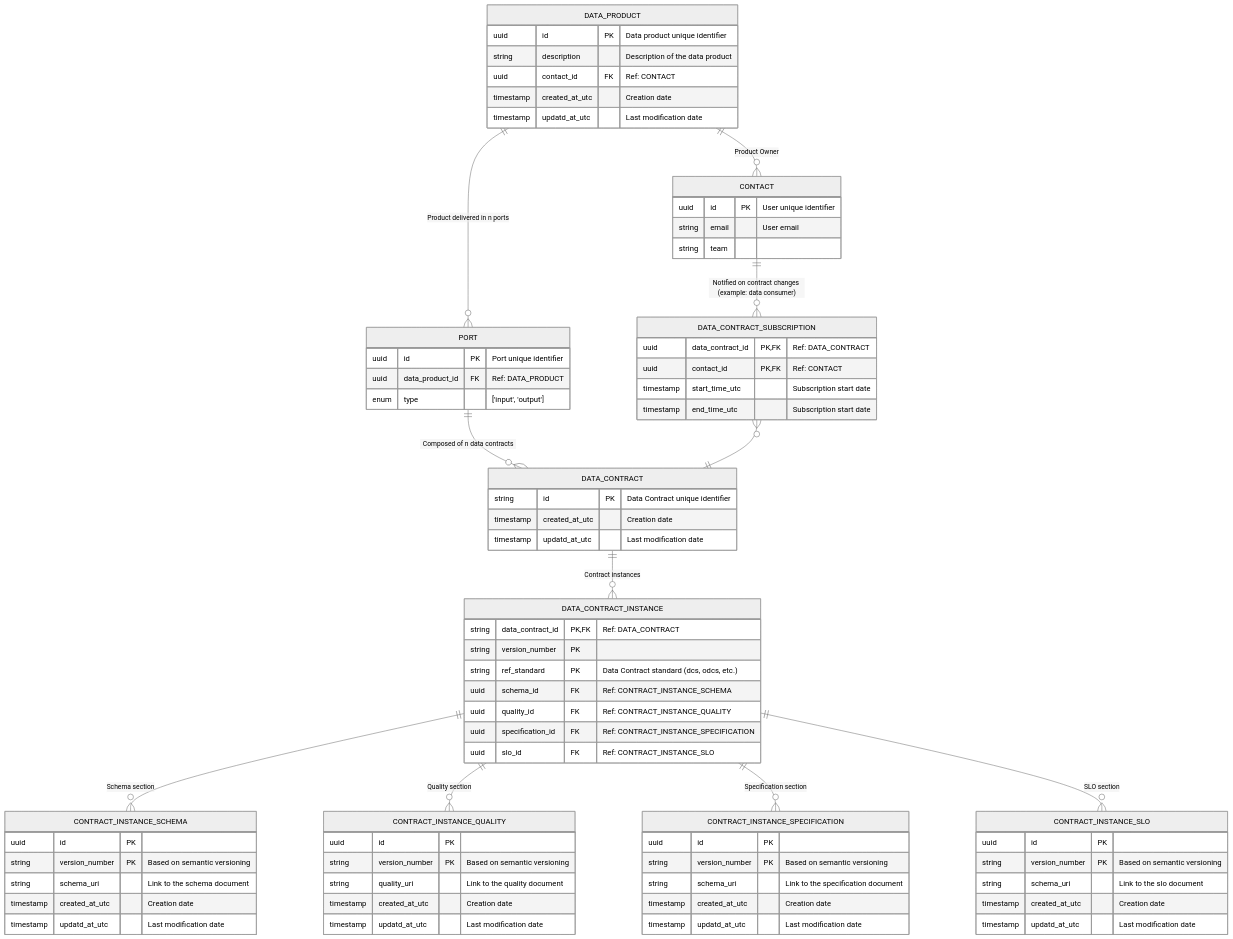
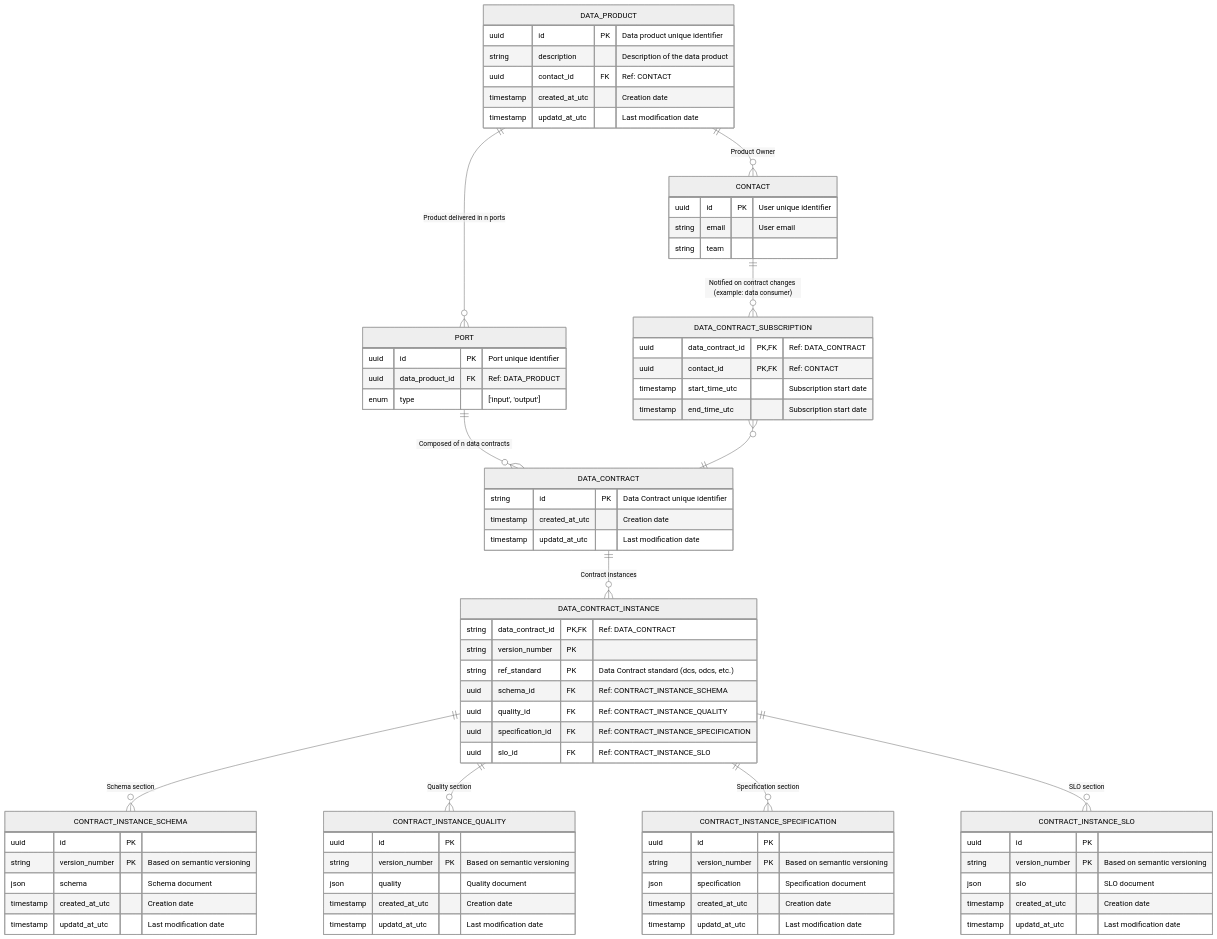
The diagram in docs/relational_model.md (monmaya/base-impl), drawn with Mermaid (neutral theme) before and after one commit.

```diff
--- a/docs/relational_model.md
+++ b/docs/relational_model.md
@@ -53,28 +53,28 @@
     CONTRACT_INSTANCE_SCHEMA {
         uuid id PK    
         string version_number PK "Based on semantic versioning"
-        string schema_uri "Link to the schema document"
+        json schema "Schema document"
         timestamp created_at_utc "Creation date"
         timestamp updatd_at_utc "Last modification date"
     }
     CONTRACT_INSTANCE_QUALITY {
         uuid id PK    
         string version_number PK "Based on semantic versioning"
-        string quality_uri "Link to the quality document"
+        json quality "Quality document"
         timestamp created_at_utc "Creation date"
         timestamp updatd_at_utc "Last modification date"
     }
     CONTRACT_INSTANCE_SPECIFICATION {
         uuid id PK    
         string version_number PK "Based on semantic versioning"
-        string schema_uri "Link to the specification document"
+        json specification "Specification document"
         timestamp created_at_utc "Creation date"
         timestamp updatd_at_utc "Last modification date"
     }
     CONTRACT_INSTANCE_SLO {
         uuid id PK    
         string version_number PK "Based on semantic versioning"
-        string schema_uri "Link to the slo document"
+        json slo "SLO document"
         timestamp created_at_utc "Creation date"
         timestamp updatd_at_utc "Last modification date"
     }
```
